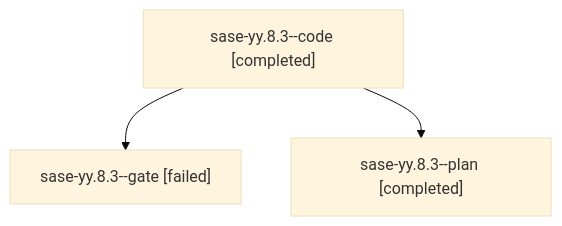
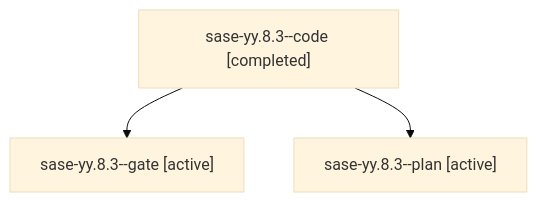
Before and after one commit to sase-org/sase--agents: the diagram in families/bbugyi200.athena.sase-yy.8.3.md, drawn with Mermaid (base theme). The commit also changed other lines of this file and 35830 other files, not shown here.

````diff
--- a/families/bbugyi200.athena.sase-yy.8.3.md
+++ b/families/bbugyi200.athena.sase-yy.8.3.md
@@ -9,8 +9,8 @@
 ```mermaid
 flowchart TD
   n0["sase-yy.8.3--code [completed]"]
-  n1["sase-yy.8.3--gate [failed]"]
+  n1["sase-yy.8.3--gate [active]"]
   n0 --> n1
-  n2["sase-yy.8.3--plan [completed]"]
+  n2["sase-yy.8.3--plan [active]"]
   n0 --> n2
 ```
````
